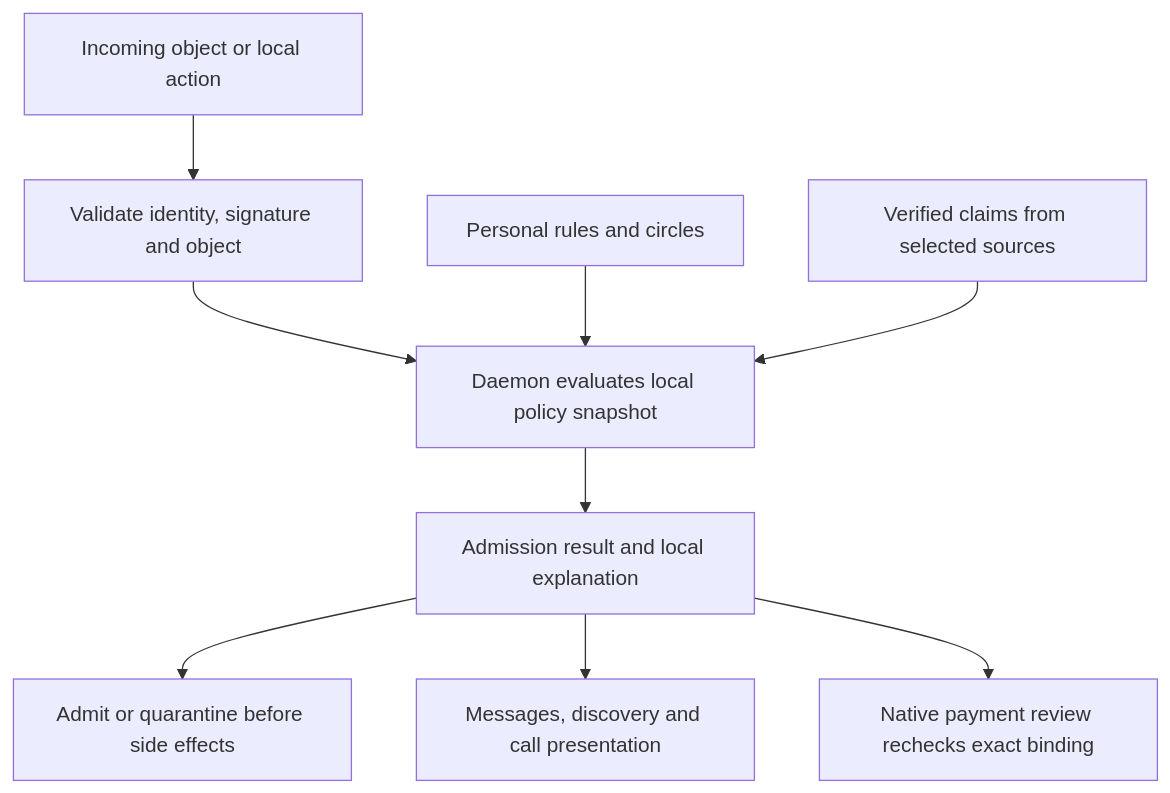
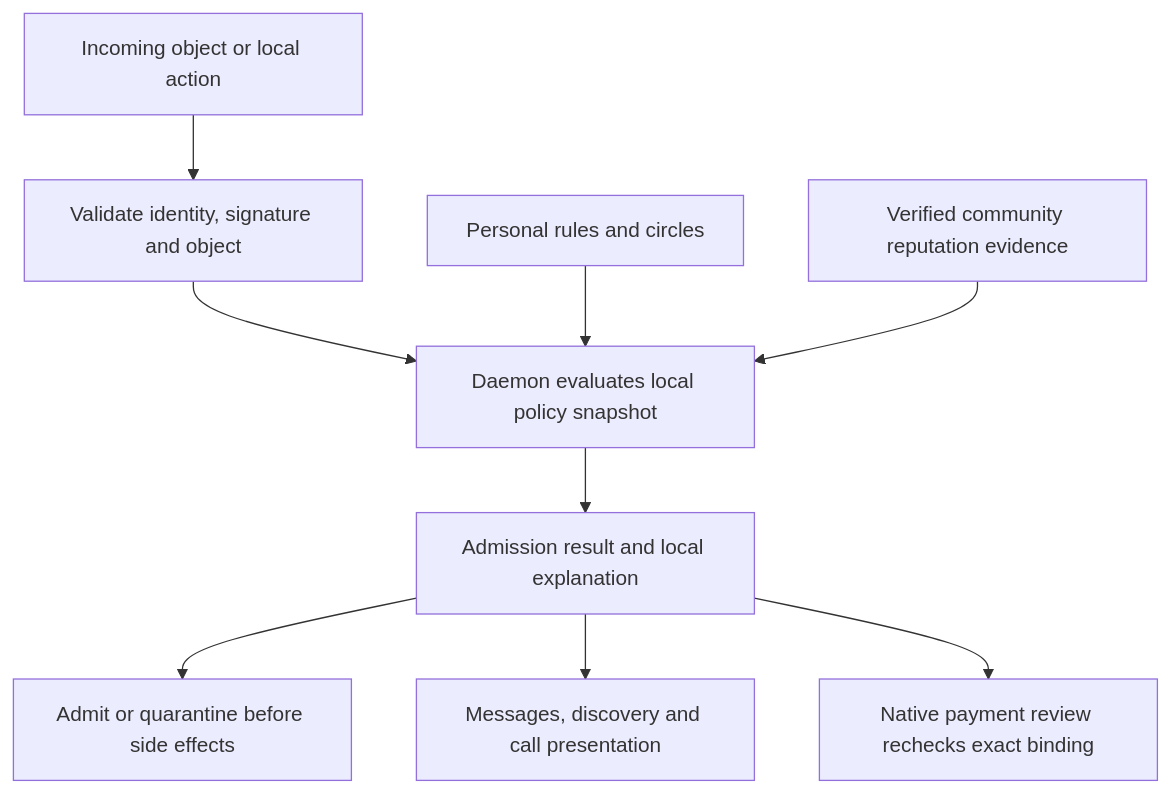
Before and after one commit to larslarsen/bb-desktop: the diagram in docs/architecture/BB-TRUST-ARCHITECTURE-01.md, drawn with Mermaid. The commit also changed other lines of this file and 5 other files, not shown here.

````diff
--- a/docs/architecture/BB-TRUST-ARCHITECTURE-01.md
+++ b/docs/architecture/BB-TRUST-ARCHITECTURE-01.md
@@ -175,11 +226,11 @@
 ```mermaid
 flowchart TD
     Input[Incoming object or local action] --> Verify[Validate identity, signature and object]
     Verify --> Policy[Daemon evaluates local policy snapshot]
     Own[Personal rules and circles] --> Policy
-    Shared[Verified claims from selected sources] --> Policy
+    Shared[Verified community reputation evidence] --> Policy
     Policy --> Decision[Admission result and local explanation]
     Decision --> Storage[Admit or quarantine before side effects]
     Decision --> UI[Messages, discovery and call presentation]
     Decision --> Native[Native payment review rechecks exact binding]
 ```
````
